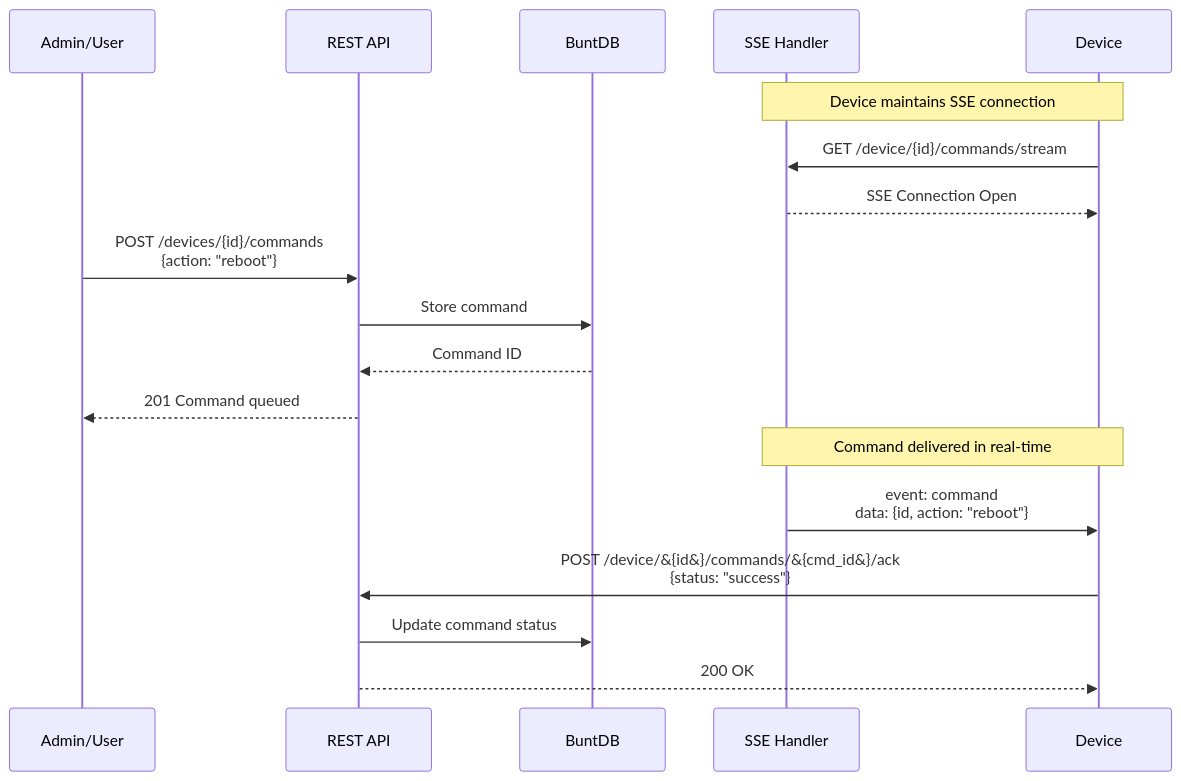
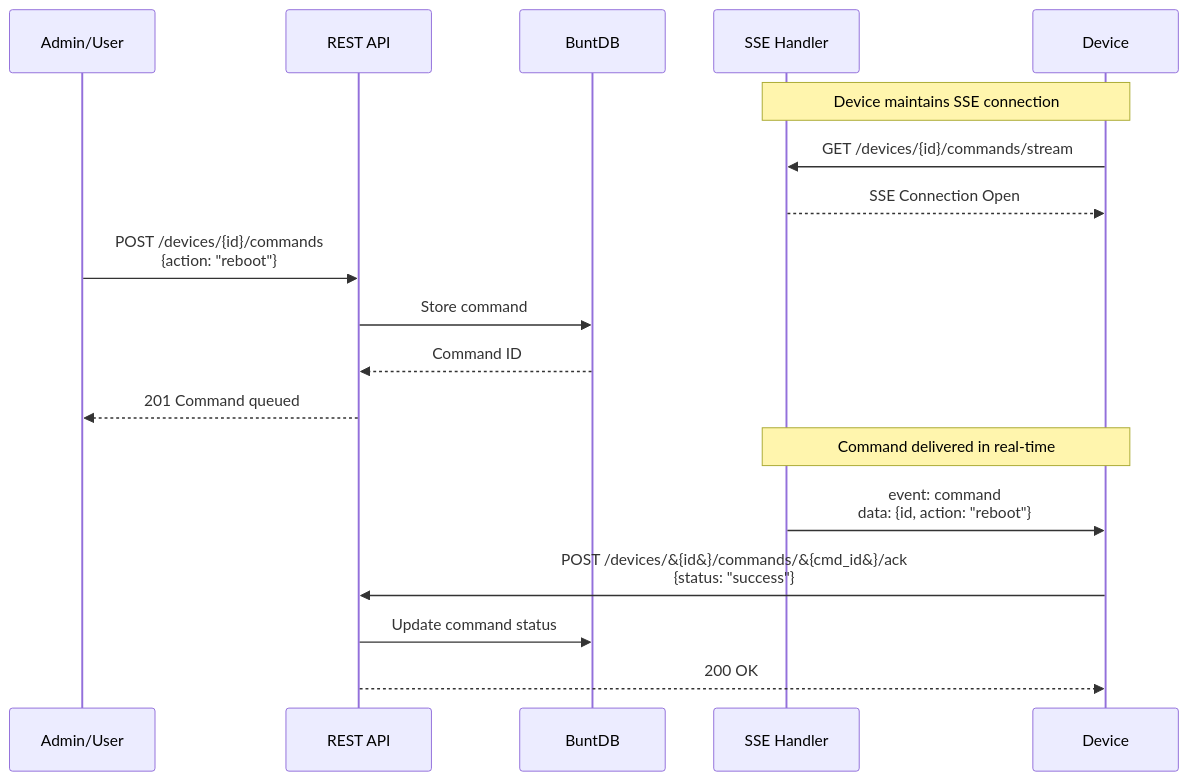
Before and after one commit to tevfik/datum-server: the fifth of 14 diagrams in docs/diagrams/ARCHITECTURE.md, drawn with Mermaid. The commit also changed other lines of this file and 30 other files, not shown here.

Commit message:
chore: standardize API to plural /devices, update docs and fix duplication

````diff
--- a/docs/diagrams/ARCHITECTURE.md
+++ b/docs/diagrams/ARCHITECTURE.md
@@ -151,24 +151,24 @@
 ```mermaid
 sequenceDiagram
     participant Admin as Admin/User
     participant API as REST API
     participant BuntDB
     participant SSE as SSE Handler
     participant Device
     
     Note over Device,SSE: Device maintains SSE connection
-    Device->>SSE: GET /device/{id}/commands/stream
+    Device->>SSE: GET /devices/{id}/commands/stream
     SSE-->>Device: SSE Connection Open
     
     Admin->>API: POST /devices/{id}/commands<br/>{action: "reboot"}
     API->>BuntDB: Store command
     BuntDB-->>API: Command ID
     API-->>Admin: 201 Command queued
     
     Note over SSE,Device: Command delivered in real-time
     SSE->>Device: event: command<br/>data: {id, action: "reboot"}
     
-    Device->>API: POST /device/&#123;id&#125;/commands/&#123;cmd_id&#125;/ack<br/>{status: "success"}
+    Device->>API: POST /devices/&#123;id&#125;/commands/&#123;cmd_id&#125;/ack<br/>{status: "success"}
     API->>BuntDB: Update command status
     API-->>Device: 200 OK
 ```
````
